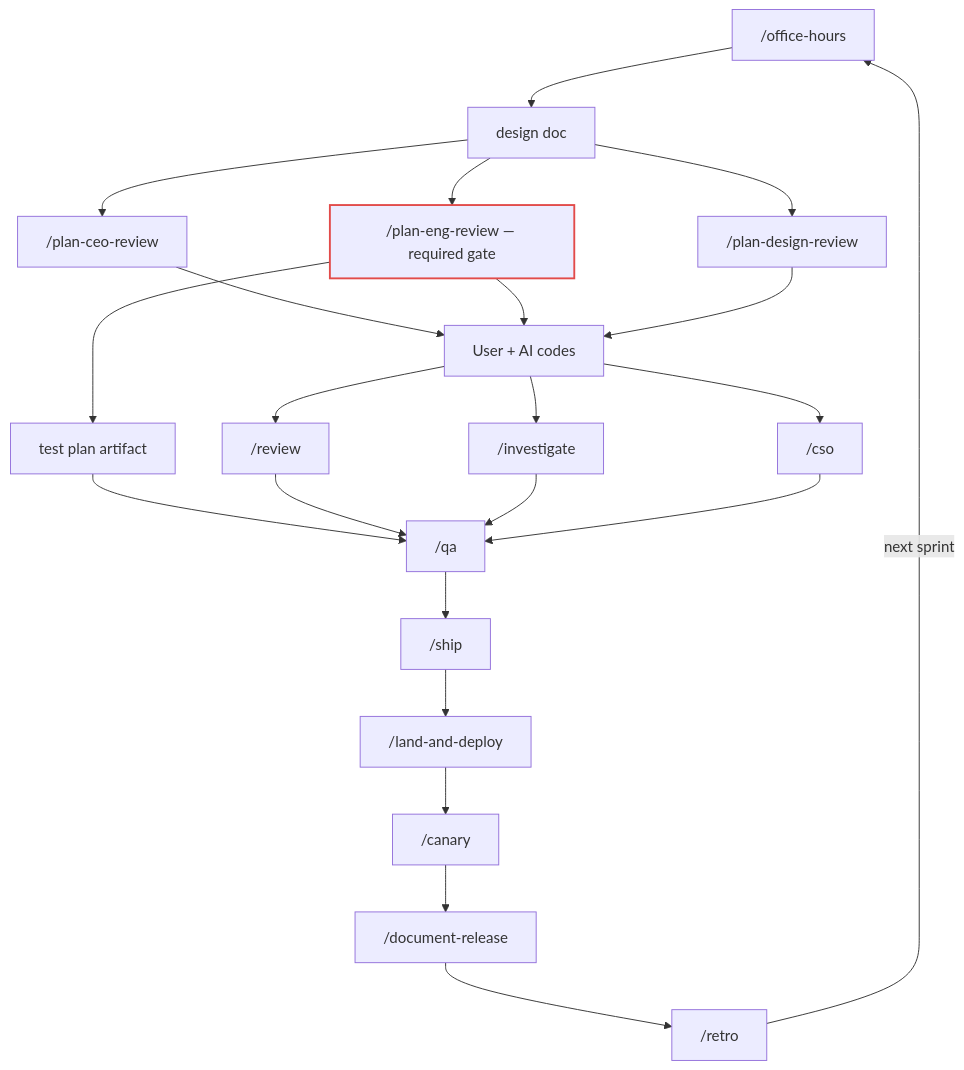
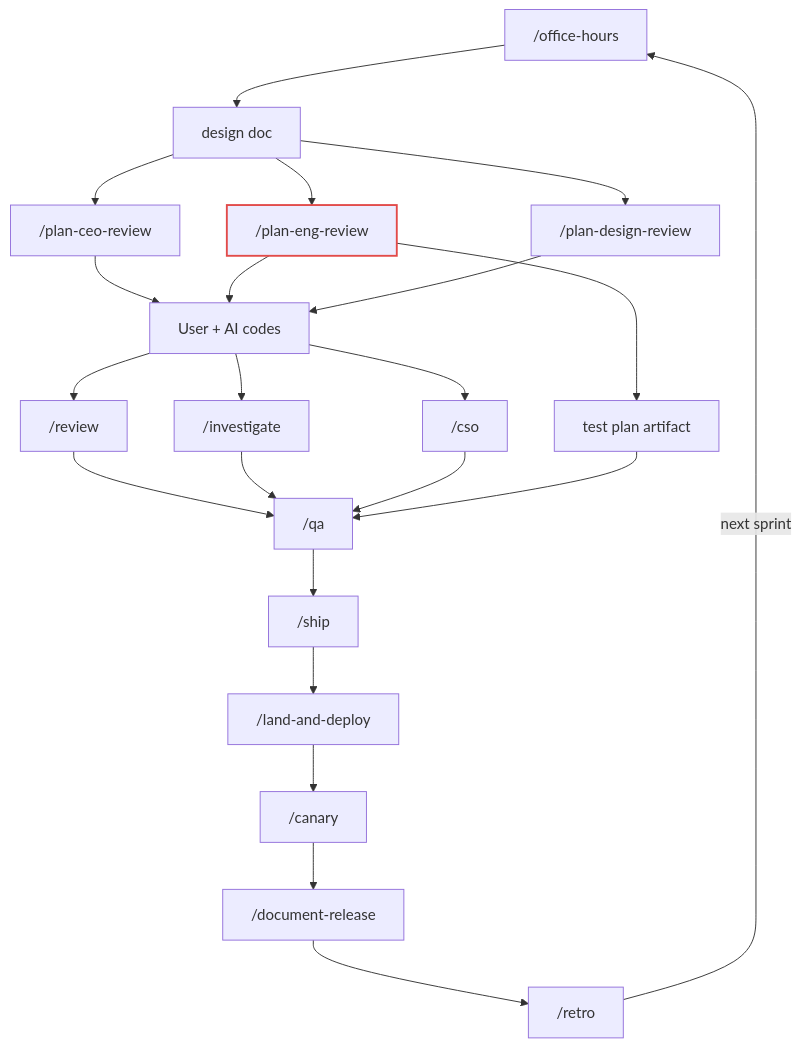
The diagram in README.md (garrytan/gstack-browse), drawn with Mermaid before and after one commit. The commit also changed other lines of this file, not shown here.

````diff
--- a/README.md
+++ b/README.md
@@ -142,26 +143,26 @@
 ```mermaid
 flowchart TD
   OH["/office-hours"] --> DD["design doc"]
   DD --> CEO["/plan-ceo-review"]
-  DD --> ENG["/plan-eng-review — required gate"]
+  DD --> ENG["/plan-eng-review"]
   DD --> DES["/plan-design-review"]
   CEO --> CODE["User + AI codes"]
   ENG --> CODE
   DES --> CODE
   ENG --> QAP["test plan artifact"]
-  QAP --> QA
   CODE --> REV["/review"]
   CODE --> INV["/investigate"]
   CODE --> CSO["/cso"]
   REV --> QA["/qa"]
   INV --> QA
   CSO --> QA
+  QAP --> QA
   QA --> SHIP["/ship"]
   SHIP --> LD["/land-and-deploy"]
   LD --> CAN["/canary"]
   CAN --> DOC["/document-release"]
   DOC --> RET["/retro"]
   RET -- next sprint --> OH
 
   style ENG stroke:#E24B4A,stroke-width:2px
 ```
````
